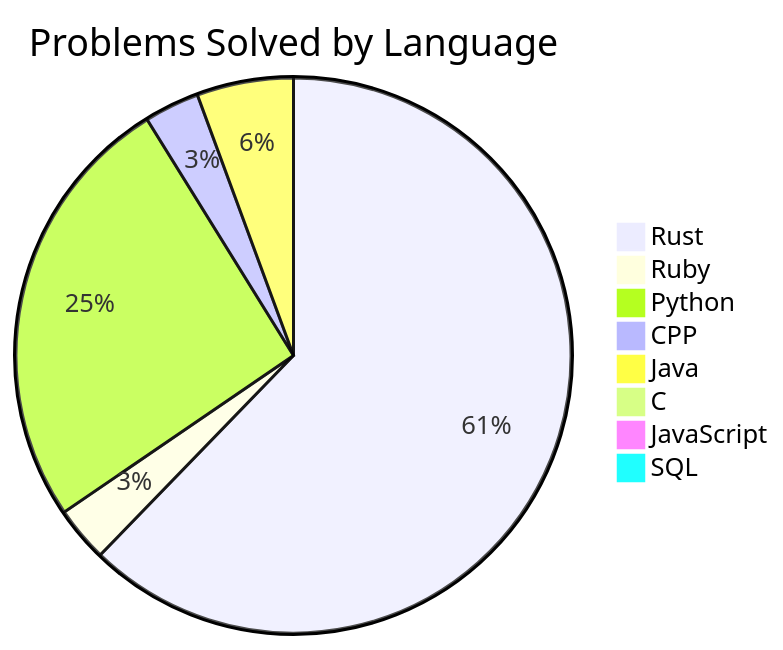
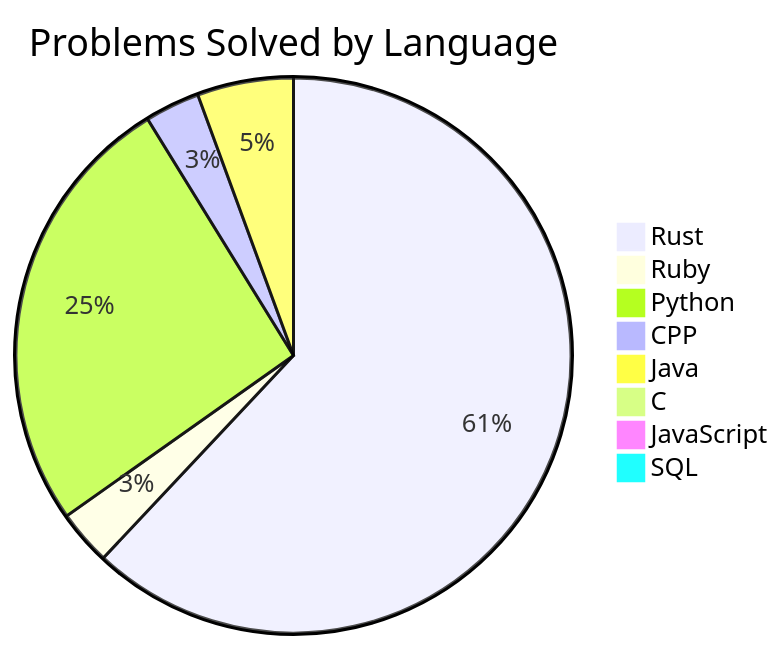
One commit to Liam-Wirth/leetcode-solutions changed the second of 2 diagrams in README.md. Above: the diagram before and after it, drawn with Mermaid. The commit also changed other lines of this file and 4 other files, not shown here.

````diff
--- a/README.md
+++ b/README.md
@@ -47,11 +47,11 @@
 ```mermaid
 pie title Problems Solved by Language
     "Rust": 155
     "Ruby": 8
-    "Python": 64
+    "Python": 65
     "CPP": 8
     "Java": 14
     "C": 1
     "JavaScript": 2
     "SQL": 2
 ```
````
